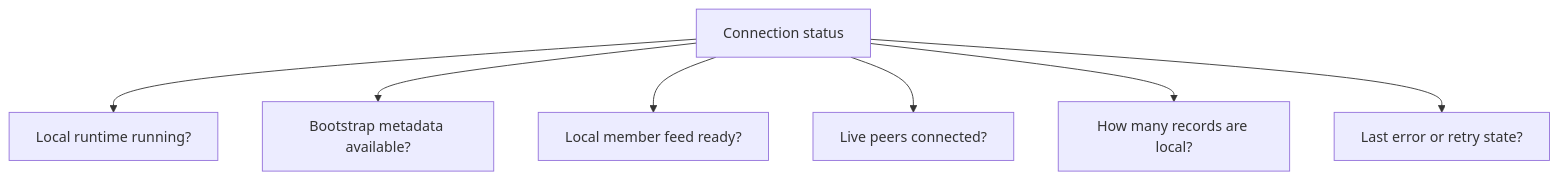
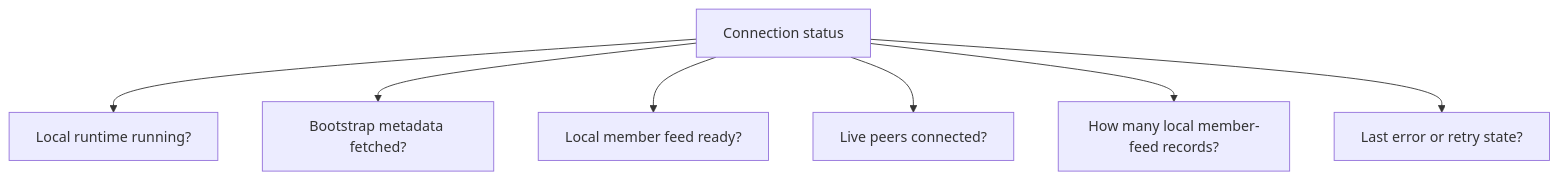
One commit to matthewlovestocode/peer-hours changed the first of 2 diagrams in docs/education/15-connection-status-is-not-a-boolean.md. Above: the diagram before and after it, drawn with Mermaid. The commit also changed other lines of this file and 14 other files, not shown here.

````diff
--- a/docs/education/15-connection-status-is-not-a-boolean.md
+++ b/docs/education/15-connection-status-is-not-a-boolean.md
@@ -19,9 +19,9 @@
 ```mermaid
 flowchart TB
   S["Connection status"] --> L["Local runtime running?"]
-  S --> B["Bootstrap metadata available?"]
+  S --> B["Bootstrap metadata fetched?"]
   S --> C["Local member feed ready?"]
   S --> P["Live peers connected?"]
-  S --> R["How many records are local?"]
+  S --> R["How many local member-feed records?"]
   S --> E["Last error or retry state?"]
 ```
````
